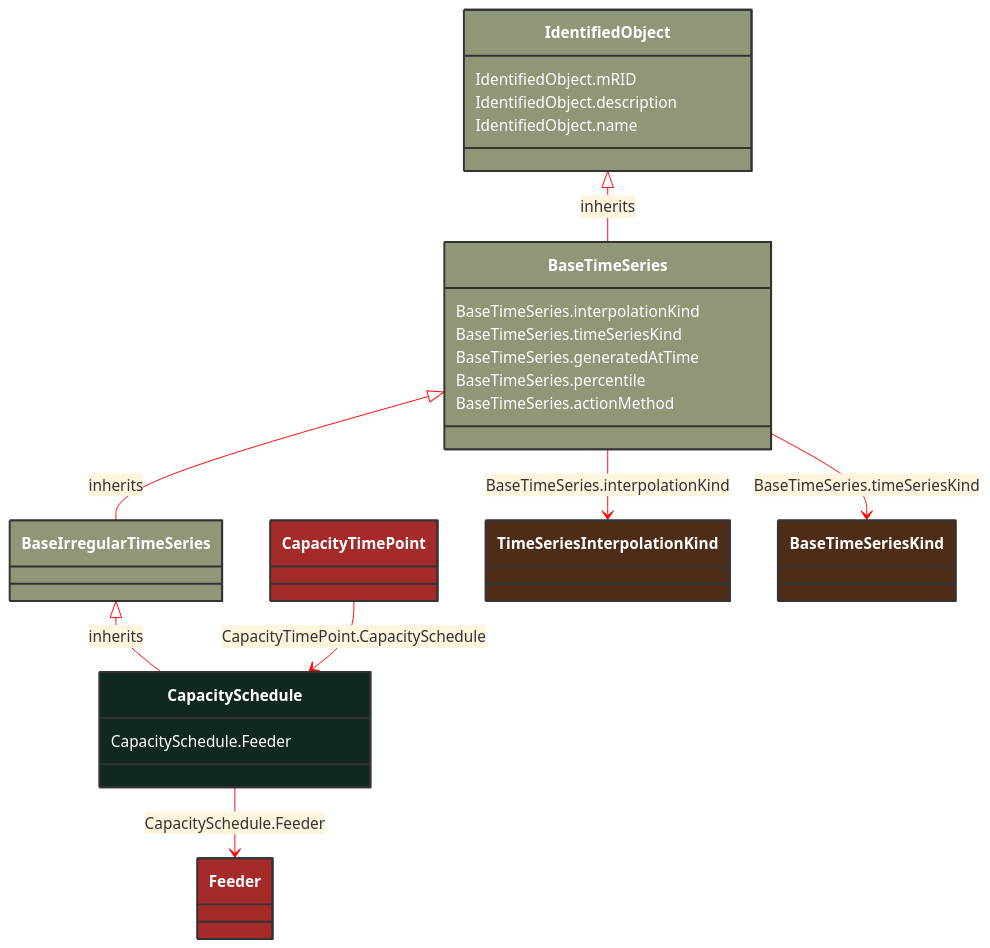
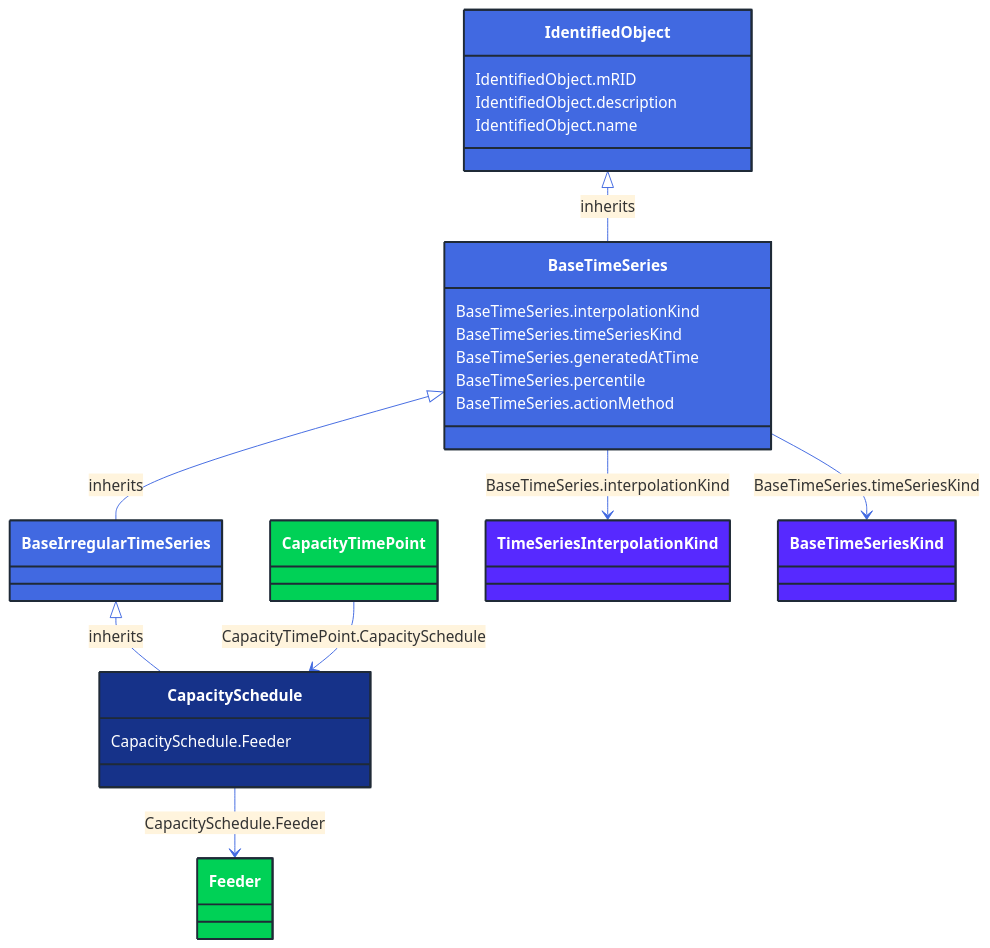
One commit to 3lbits/NoCIMExtensions changed the diagram in docs/Models/Profiles/GridCapacity/ConcreteClasses/CapacitySchedule.md. Above: the diagram before and after it, drawn with Mermaid. The commit also changed 362 other files, not shown here.

First line of the commit message:
Update diagrams and styles for improved visual consistency

````diff
--- a/docs/Models/Profiles/GridCapacity/ConcreteClasses/CapacitySchedule.md
+++ b/docs/Models/Profiles/GridCapacity/ConcreteClasses/CapacitySchedule.md
@@ -8,52 +8,52 @@
 ```mermaid
-%%{init: {'theme':'base','themeVariables': {'lineColor': '#FF0000'}}}%%
+%%{init: {'theme':'base','themeVariables': {'lineColor': '#4169E1'}}}%%
 classDiagram
     class CapacitySchedule
     click CapacitySchedule href "/Models/Profiles/GridCapacity/ConcreteClasses/CapacitySchedule/"
-    style CapacitySchedule fill:#102820,stroke:#333,stroke-width:2px,rx:10,ry:10,color:white
+    style CapacitySchedule fill:#163289,stroke:#1F2A37,stroke-width:2px,rx:10,ry:10,color:white
      
         BaseIrregularTimeSeries <|-- CapacitySchedule : inherits
             click BaseIrregularTimeSeries href "/Models/Profiles/GridCapacity/AbstractClasses/BaseIrregularTimeSeries/"
-            style BaseIrregularTimeSeries fill:#8F9779,stroke:#333,stroke-width:2px,rx:10,ry:10,color:white
+            style BaseIrregularTimeSeries fill:#4169E1,stroke:#1F2A37,stroke-width:2px,rx:10,ry:10,color:white
      
         BaseTimeSeries <|-- BaseIrregularTimeSeries : inherits
             click BaseTimeSeries href "/Models/Profiles/GridCapacity/AbstractClasses/BaseTimeSeries/"
-            style BaseTimeSeries fill:#8F9779,stroke:#333,stroke-width:2px,rx:10,ry:10,color:white
+            style BaseTimeSeries fill:#4169E1,stroke:#1F2A37,stroke-width:2px,rx:10,ry:10,color:white
      
         IdentifiedObject <|-- BaseTimeSeries : inherits
             click IdentifiedObject href "/Models/Profiles/GridCapacity/AbstractClasses/IdentifiedObject/"
-            style IdentifiedObject fill:#8F9779,stroke:#333,stroke-width:2px,rx:10,ry:10,color:white
+            style IdentifiedObject fill:#4169E1,stroke:#1F2A37,stroke-width:2px,rx:10,ry:10,color:white
 
         CapacitySchedule --> Feeder : CapacitySchedule.Feeder
 
         Feeder
             click Feeder href "/Models/Profiles/GridCapacity/ConcreteClasses/Feeder/"
-            style Feeder fill:#A52A2A,stroke:#333,stroke-width:2px,rx:10,ry:10,color:white
+            style Feeder fill:#00D156,stroke:#1F2A37,stroke-width:2px,rx:10,ry:10,color:white
 
         CapacityTimePoint --> CapacitySchedule : CapacityTimePoint.CapacitySchedule
 
         CapacityTimePoint
             click CapacityTimePoint href "/Models/Profiles/GridCapacity/ConcreteClasses/CapacityTimePoint/"
-            style CapacityTimePoint fill:#A52A2A,stroke:#333,stroke-width:2px,rx:10,ry:10,color:white
+            style CapacityTimePoint fill:#00D156,stroke:#1F2A37,stroke-width:2px,rx:10,ry:10,color:white
 
         BaseTimeSeries --> TimeSeriesInterpolationKind : BaseTimeSeries.interpolationKind
 
         TimeSeriesInterpolationKind
             click TimeSeriesInterpolationKind href "/Models/Profiles/GridCapacity/Enumerations/TimeSeriesInterpolationKind/"
-            style TimeSeriesInterpolationKind fill:#4D2D18,stroke:#333,stroke-width:2px,rx:10,ry:10,color:white
+            style TimeSeriesInterpolationKind fill:#5729FF,stroke:#1F2A37,stroke-width:2px,rx:10,ry:10,color:white
         BaseTimeSeries --> BaseTimeSeriesKind : BaseTimeSeries.timeSeriesKind
 
         BaseTimeSeriesKind
             click BaseTimeSeriesKind href "/Models/Profiles/GridCapacity/Enumerations/BaseTimeSeriesKind/"
-            style BaseTimeSeriesKind fill:#4D2D18,stroke:#333,stroke-width:2px,rx:10,ry:10,color:white
+            style BaseTimeSeriesKind fill:#5729FF,stroke:#1F2A37,stroke-width:2px,rx:10,ry:10,color:white
 
         CapacitySchedule : CapacitySchedule.Feeder
         BaseTimeSeries : BaseTimeSeries.interpolationKind
         BaseTimeSeries : BaseTimeSeries.timeSeriesKind
         BaseTimeSeries : BaseTimeSeries.generatedAtTime
         BaseTimeSeries : BaseTimeSeries.percentile
         BaseTimeSeries : BaseTimeSeries.actionMethod
         IdentifiedObject : IdentifiedObject.mRID
         IdentifiedObject : IdentifiedObject.description
         IdentifiedObject : IdentifiedObject.name
 ```
````
